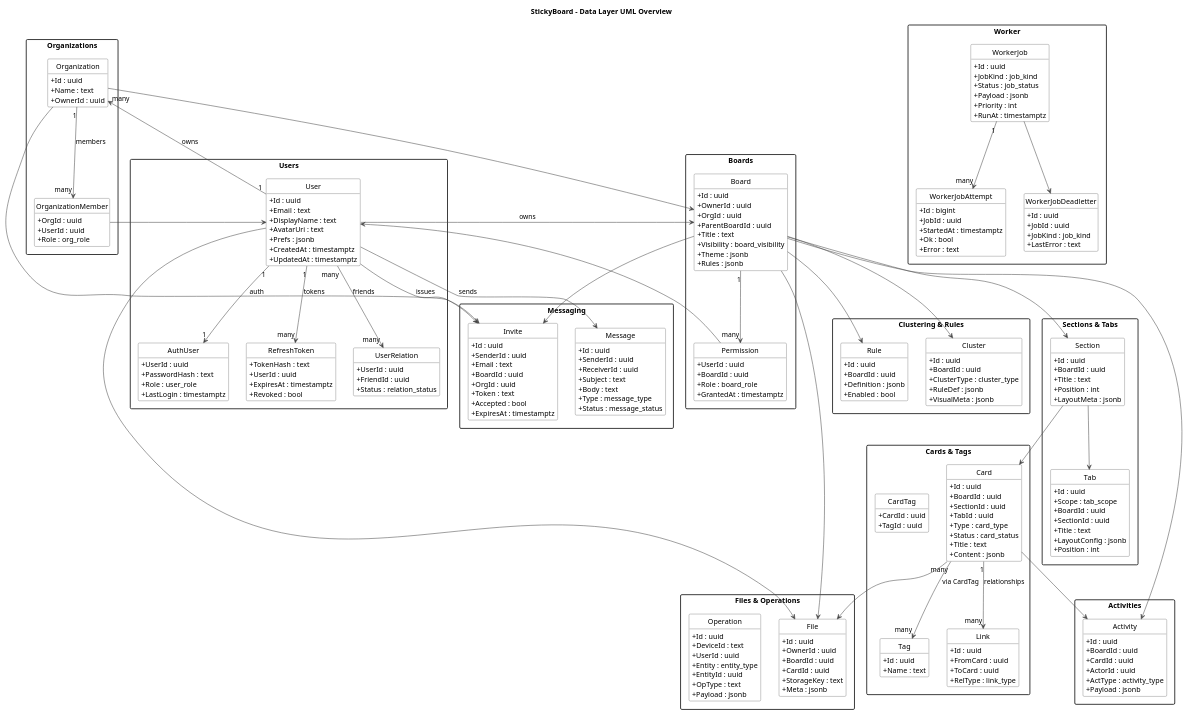
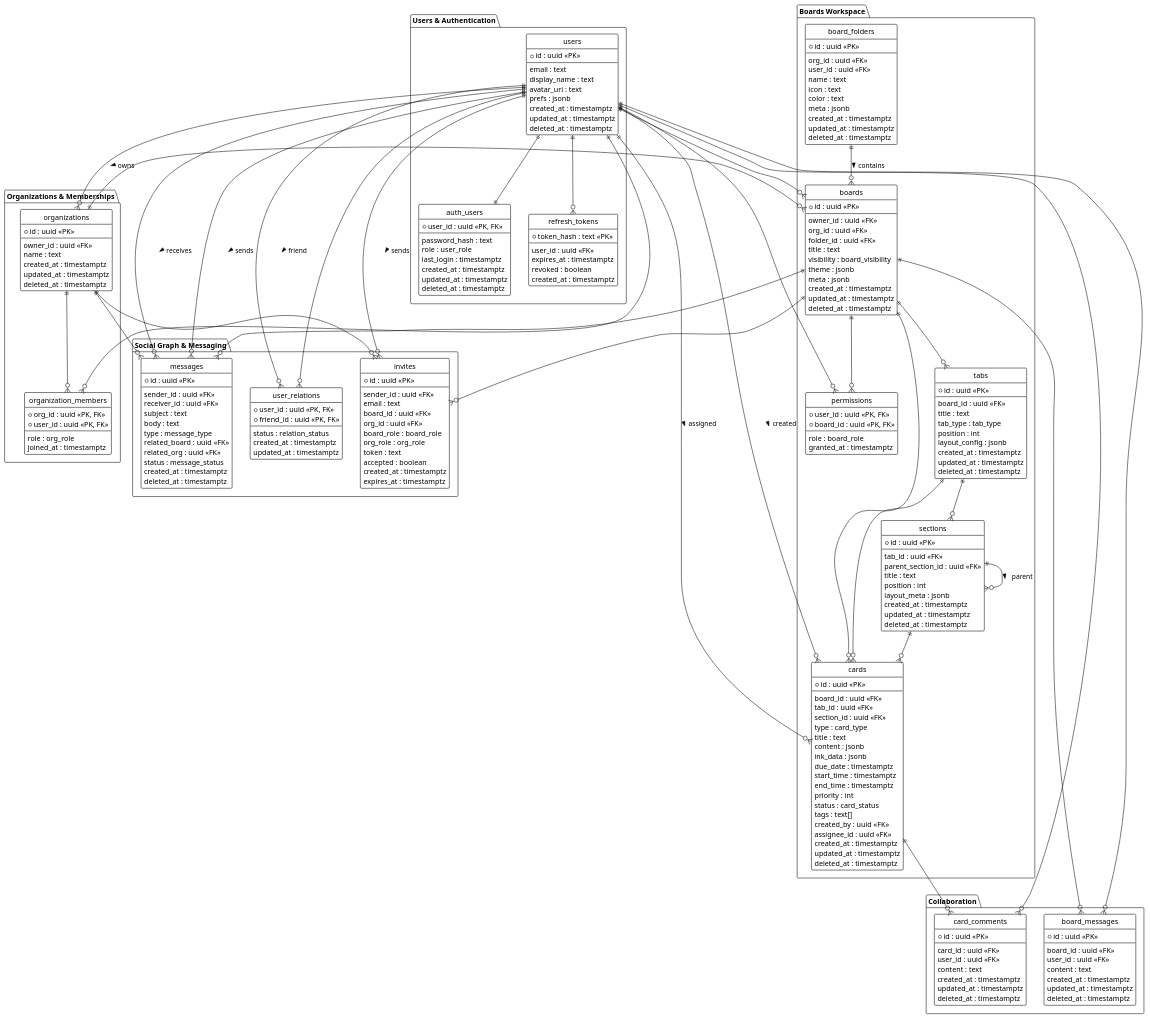
The diagram in db/schema.puml (a3emond/stickyboard-api), drawn with PlantUML before and after one commit. The commit also changed 163 other files, not shown here.

Commit message:
Core architecture rewrite + Worker separation: rebuilt repos/services/controllers, domain errors, normalized DTOs, added board folders/comments/chat, improved DI & permissions

```diff
--- a/db/schema.puml
+++ b/db/schema.puml
@@ -1,297 +1,269 @@
 @startuml
-title StickyBoard – Data Layer UML Overview
+!theme plain
+hide circle
+hide stereotype
 
-' General appearance
-skinparam classAttributeIconSize 0
-hide circle
-hide methods
-skinparam packageStyle rectangle
-skinparam class {
-    BackgroundColor White
-    ArrowColor #444
-    BorderColor #333
+' ==========================================
+' USERS & AUTH
+' ==========================================
+package "Users & Authentication" {
+
+entity users {
+  * id : uuid <<PK>>
+  --
+  email : text
+  display_name : text
+  avatar_uri : text
+  prefs : jsonb
+  created_at : timestamptz
+  updated_at : timestamptz
+  deleted_at : timestamptz
 }
 
-' ==========================================================
-' USERS & AUTH
-' ==========================================================
-package "Users" {
-    class User {
-        +Id : uuid
-        +Email : text
-        +DisplayName : text
-        +AvatarUri : text
-        +Prefs : jsonb
-        +CreatedAt : timestamptz
-        +UpdatedAt : timestamptz
-    }
-
-    class AuthUser {
-        +UserId : uuid
-        +PasswordHash : text
-        +Role : user_role
-        +LastLogin : timestamptz
-    }
-
-    class RefreshToken {
-        +TokenHash : text
-        +UserId : uuid
-        +ExpiresAt : timestamptz
-        +Revoked : bool
-    }
-
-    class UserRelation {
-        +UserId : uuid
-        +FriendId : uuid
-        +Status : relation_status
-    }
+entity auth_users {
+  * user_id : uuid <<PK, FK>>
+  --
+  password_hash : text
+  role : user_role
+  last_login : timestamptz
+  created_at : timestamptz
+  updated_at : timestamptz
+  deleted_at : timestamptz
 }
 
-User "1" --> "1" AuthUser : auth
-User "1" --> "many" RefreshToken : tokens
-User "many" --> "many" UserRelation : friends
-
-' ==========================================================
-' ORGANIZATIONS
-' ==========================================================
-package "Organizations" {
-    class Organization {
-        +Id : uuid
-        +Name : text
-        +OwnerId : uuid
-    }
-
-    class OrganizationMember {
-        +OrgId : uuid
-        +UserId : uuid
-        +Role : org_role
-    }
+entity refresh_tokens {
+  * token_hash : text <<PK>>
+  --
+  user_id : uuid <<FK>>
+  expires_at : timestamptz
+  revoked : boolean
+  created_at : timestamptz
+}
 }
 
-User "1" --> "many" Organization : owns
-Organization "1" --> "many" OrganizationMember : members
-OrganizationMember --> User
+users ||--|| auth_users
+users ||--o{ refresh_tokens
 
-' ==========================================================
-' BOARDS & PERMISSIONS
-' ==========================================================
-package "Boards" {
-    class Board {
-        +Id : uuid
-        +OwnerId : uuid
-        +OrgId : uuid
-        +ParentBoardId : uuid
-        +Title : text
-        +Visibility : board_visibility
-        +Theme : jsonb
-        +Rules : jsonb
-    }
+' ==========================================
+' ORGANIZATIONS
+' ==========================================
+package "Organizations & Memberships" {
 
-    class Permission {
-        +UserId : uuid
-        +BoardId : uuid
-        +Role : board_role
-        +GrantedAt : timestamptz
-    }
+entity organizations {
+  * id : uuid <<PK>>
+  --
+  owner_id : uuid <<FK>>
+  name : text
+  created_at : timestamptz
+  updated_at : timestamptz
+  deleted_at : timestamptz
 }
 
-Organization --> Board
-User --> Board : owns
-Board "1" --> "many" Permission
-Permission --> User
-
-' ==========================================================
-' SECTIONS & TABS
-' ==========================================================
-package "Sections & Tabs" {
-    class Section {
-        +Id : uuid
-        +BoardId : uuid
-        +Title : text
-        +Position : int
-        +LayoutMeta : jsonb
-    }
-
-    class Tab {
-        +Id : uuid
-        +Scope : tab_scope
-        +BoardId : uuid
-        +SectionId : uuid
-        +Title : text
-        +LayoutConfig : jsonb
-        +Position : int
-    }
+entity organization_members {
+  * org_id : uuid <<PK, FK>>
+  * user_id : uuid <<PK, FK>>
+  --
+  role : org_role
+  joined_at : timestamptz
+}
 }
 
-Board --> Section
-Section --> Tab
+users ||--o{ organizations : owns >
+organizations ||--o{ organization_members
+users ||--o{ organization_members
 
-' ==========================================================
-' CARDS & TAGS
-' ==========================================================
-package "Cards & Tags" {
-    class Card {
-        +Id : uuid
-        +BoardId : uuid
-        +SectionId : uuid
-        +TabId : uuid
-        +Type : card_type
-        +Status : card_status
-        +Title : text
-        +Content : jsonb
-    }
+' ==========================================
+' BOARDS
+' ==========================================
+package "Boards Workspace" {
 
-    class Tag {
-        +Id : uuid
-        +Name : text
-    }
-
-    class CardTag {
-        +CardId : uuid
-        +TagId : uuid
-    }
-
-    class Link {
-        +Id : uuid
-        +FromCard : uuid
-        +ToCard : uuid
-        +RelType : link_type
-    }
+entity board_folders {
+  * id : uuid <<PK>>
+  --
+  org_id : uuid <<FK>>
+  user_id : uuid <<FK>>
+  name : text
+  icon : text
+  color : text
+  meta : jsonb
+  created_at : timestamptz
+  updated_at : timestamptz
+  deleted_at : timestamptz
 }
 
-Section --> Card
-Card "many" --> "many" Tag : via CardTag
-Card "1" --> "many" Link : relationships
-
-' ==========================================================
-' CLUSTERING & RULES
-' ==========================================================
-package "Clustering & Rules" {
-    class Cluster {
-        +Id : uuid
-        +BoardId : uuid
-        +ClusterType : cluster_type
-        +RuleDef : jsonb
-        +VisualMeta : jsonb
-    }
-
-    class Rule {
-        +Id : uuid
-        +BoardId : uuid
-        +Definition : jsonb
-        +Enabled : bool
-    }
+entity boards {
+  * id : uuid <<PK>>
+  --
+  owner_id : uuid <<FK>>
+  org_id : uuid <<FK>>
+  folder_id : uuid <<FK>>
+  title : text
+  visibility : board_visibility
+  theme : jsonb
+  meta : jsonb
+  created_at : timestamptz
+  updated_at : timestamptz
+  deleted_at : timestamptz
 }
 
-Board --> Cluster
-Board --> Rule
-
-' ==========================================================
-' ACTIVITIES
-' ==========================================================
-package "Activities" {
-    class Activity {
-        +Id : uuid
-        +BoardId : uuid
-        +CardId : uuid
-        +ActorId : uuid
-        +ActType : activity_type
-        +Payload : jsonb
-    }
+entity permissions {
+  * user_id : uuid <<PK, FK>>
+  * board_id : uuid <<PK, FK>>
+  --
+  role : board_role
+  granted_at : timestamptz
 }
 
-Board --> Activity
-Card --> Activity
-
-' ==========================================================
-' FILES & OPERATIONS
-' ==========================================================
-package "Files & Operations" {
-    class File {
-        +Id : uuid
-        +OwnerId : uuid
-        +BoardId : uuid
-        +CardId : uuid
-        +StorageKey : text
-        +Meta : jsonb
-    }
-
-    class Operation {
-        +Id : uuid
-        +DeviceId : text
-        +UserId : uuid
-        +Entity : entity_type
-        +EntityId : uuid
-        +OpType : text
-        +Payload : jsonb
-    }
+entity tabs {
+  * id : uuid <<PK>>
+  --
+  board_id : uuid <<FK>>
+  title : text
+  tab_type : tab_type
+  position : int
+  layout_config : jsonb
+  created_at : timestamptz
+  updated_at : timestamptz
+  deleted_at : timestamptz
 }
 
-User --> File
-Board --> File
-Card --> File
-
-' ==========================================================
-' WORKER QUEUE
-' ==========================================================
-package "Worker" {
-    class WorkerJob {
-        +Id : uuid
-        +JobKind : job_kind
-        +Status : job_status
-        +Payload : jsonb
-        +Priority : int
-        +RunAt : timestamptz
-    }
-
-    class WorkerJobAttempt {
-        +Id : bigint
-        +JobId : uuid
-        +StartedAt : timestamptz
-        +Ok : bool
-        +Error : text
-    }
-
-    class WorkerJobDeadletter {
-        +Id : uuid
-        +JobId : uuid
-        +JobKind : job_kind
-        +LastError : text
-    }
+entity sections {
+  * id : uuid <<PK>>
+  --
+  tab_id : uuid <<FK>>
+  parent_section_id : uuid <<FK>>
+  title : text
+  position : int
+  layout_meta : jsonb
+  created_at : timestamptz
+  updated_at : timestamptz
+  deleted_at : timestamptz
 }
 
-WorkerJob "1" --> "many" WorkerJobAttempt
-WorkerJob --> WorkerJobDeadletter
-
-' ==========================================================
-' MESSAGING & INVITES
-' ==========================================================
-package "Messaging" {
-    class Message {
-        +Id : uuid
-        +SenderId : uuid
-        +ReceiverId : uuid
-        +Subject : text
-        +Body : text
-        +Type : message_type
-        +Status : message_status
-    }
-
-    class Invite {
-        +Id : uuid
-        +SenderId : uuid
-        +Email : text
-        +BoardId : uuid
-        +OrgId : uuid
-        +Token : text
-        +Accepted : bool
-        +ExpiresAt : timestamptz
-    }
+entity cards {
+  * id : uuid <<PK>>
+  --
+  board_id : uuid <<FK>>
+  tab_id : uuid <<FK>>
+  section_id : uuid <<FK>>
+  type : card_type
+  title : text
+  content : jsonb
+  ink_data : jsonb
+  due_date : timestamptz
+  start_time : timestamptz
+  end_time : timestamptz
+  priority : int
+  status : card_status
+  tags : text[]
+  created_by : uuid <<FK>>
+  assignee_id : uuid <<FK>>
+  created_at : timestamptz
+  updated_at : timestamptz
+  deleted_at : timestamptz
+}
 }
 
-User --> Message : sends
-User --> Invite : issues
-Board --> Invite
-Organization --> Invite
+users ||--o{ boards
+organizations ||--o{ boards
+board_folders ||--o{ boards : contains >
+boards ||--o{ permissions
+users ||--o{ permissions
+boards ||--o{ tabs
+tabs ||--o{ sections
+sections ||--o{ sections : parent >
+boards ||--o{ cards
+tabs ||--o{ cards
+sections ||--o{ cards
+users ||--o{ cards : created >
+users ||--o{ cards : assigned >
+
+' ==========================================
+' COLLABORATION (COMMENTS & CHAT)
+' ==========================================
+package "Collaboration" {
+
+entity card_comments {
+  * id : uuid <<PK>>
+  --
+  card_id : uuid <<FK>>
+  user_id : uuid <<FK>>
+  content : text
+  created_at : timestamptz
+  updated_at : timestamptz
+  deleted_at : timestamptz
+}
+
+entity board_messages {
+  * id : uuid <<PK>>
+  --
+  board_id : uuid <<FK>>
+  user_id : uuid <<FK>>
+  content : text
+  created_at : timestamptz
+  updated_at : timestamptz
+  deleted_at : timestamptz
+}
+}
+
+cards ||--o{ card_comments
+users ||--o{ card_comments
+boards ||--o{ board_messages
+users ||--o{ board_messages
+
+' ==========================================
+' SOCIAL & MESSAGING
+' ==========================================
+package "Social Graph & Messaging" {
+
+entity user_relations {
+  * user_id : uuid <<PK, FK>>
+  * friend_id : uuid <<PK, FK>>
+  --
+  status : relation_status
+  created_at : timestamptz
+  updated_at : timestamptz
+}
+
+entity messages {
+  * id : uuid <<PK>>
+  --
+  sender_id : uuid <<FK>>
+  receiver_id : uuid <<FK>>
+  subject : text
+  body : text
+  type : message_type
+  related_board : uuid <<FK>>
+  related_org : uuid <<FK>>
+  status : message_status
+  created_at : timestamptz
+  deleted_at : timestamptz
+}
+
+entity invites {
+  * id : uuid <<PK>>
+  --
+  sender_id : uuid <<FK>>
+  email : text
+  board_id : uuid <<FK>>
+  org_id : uuid <<FK>>
+  board_role : board_role
+  org_role : org_role
+  token : text
+  accepted : boolean
+  created_at : timestamptz
+  expires_at : timestamptz
+}
+}
+
+users ||--o{ user_relations
+users ||--o{ user_relations : friend >
+users ||--o{ messages : sends >
+users ||--o{ messages : receives >
+boards ||--o{ messages
+organizations ||--o{ messages
+users ||--o{ invites : sends >
+boards ||--o{ invites
+organizations ||--o{ invites
 
 @enduml
```
